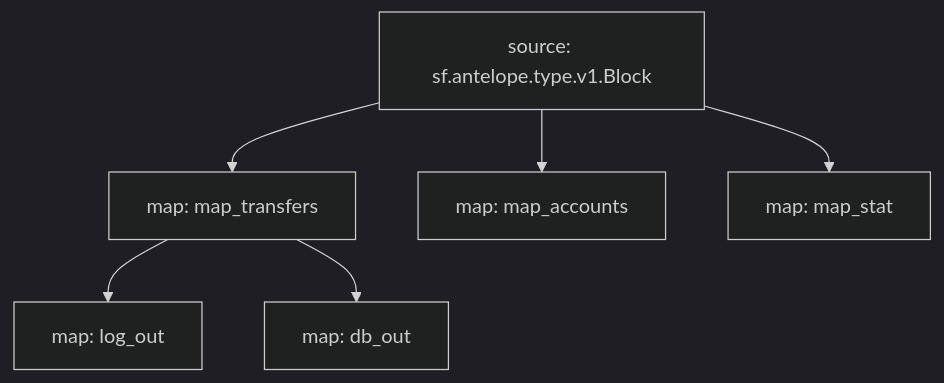
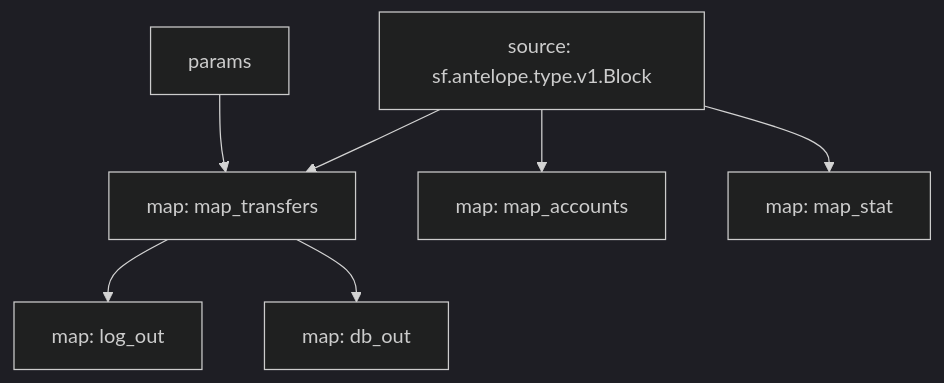
The diagram in eosio.token/README.md (pinax-network/substreams), drawn with Mermaid (dark theme) before and after one commit. The commit also changed other lines of this file and 4 other files, not shown here.

````diff
--- a/eosio.token/README.md
+++ b/eosio.token/README.md
@@ -16,13 +17,14 @@
 ```mermaid
 graph TD;
-  map_transfers[map: map_transfers]
-  sf.antelope.type.v1.Block[source: sf.antelope.type.v1.Block] --> map_transfers
-  map_accounts[map: map_accounts]
-  sf.antelope.type.v1.Block[source: sf.antelope.type.v1.Block] --> map_accounts
-  map_stat[map: map_stat]
-  sf.antelope.type.v1.Block[source: sf.antelope.type.v1.Block] --> map_stat
-  log_out[map: log_out]
-  map_transfers --> log_out
-  db_out[map: db_out]
-  map_transfers --> db_out
+  map_transfers[map: map_transfers];
+  map_transfers:params[params] --> map_transfers;
+  sf.antelope.type.v1.Block[source: sf.antelope.type.v1.Block] --> map_transfers;
+  map_accounts[map: map_accounts];
+  sf.antelope.type.v1.Block[source: sf.antelope.type.v1.Block] --> map_accounts;
+  map_stat[map: map_stat];
+  sf.antelope.type.v1.Block[source: sf.antelope.type.v1.Block] --> map_stat;
+  log_out[map: log_out];
+  map_transfers --> log_out;
+  db_out[map: db_out];
+  map_transfers --> db_out;
 ```
````
